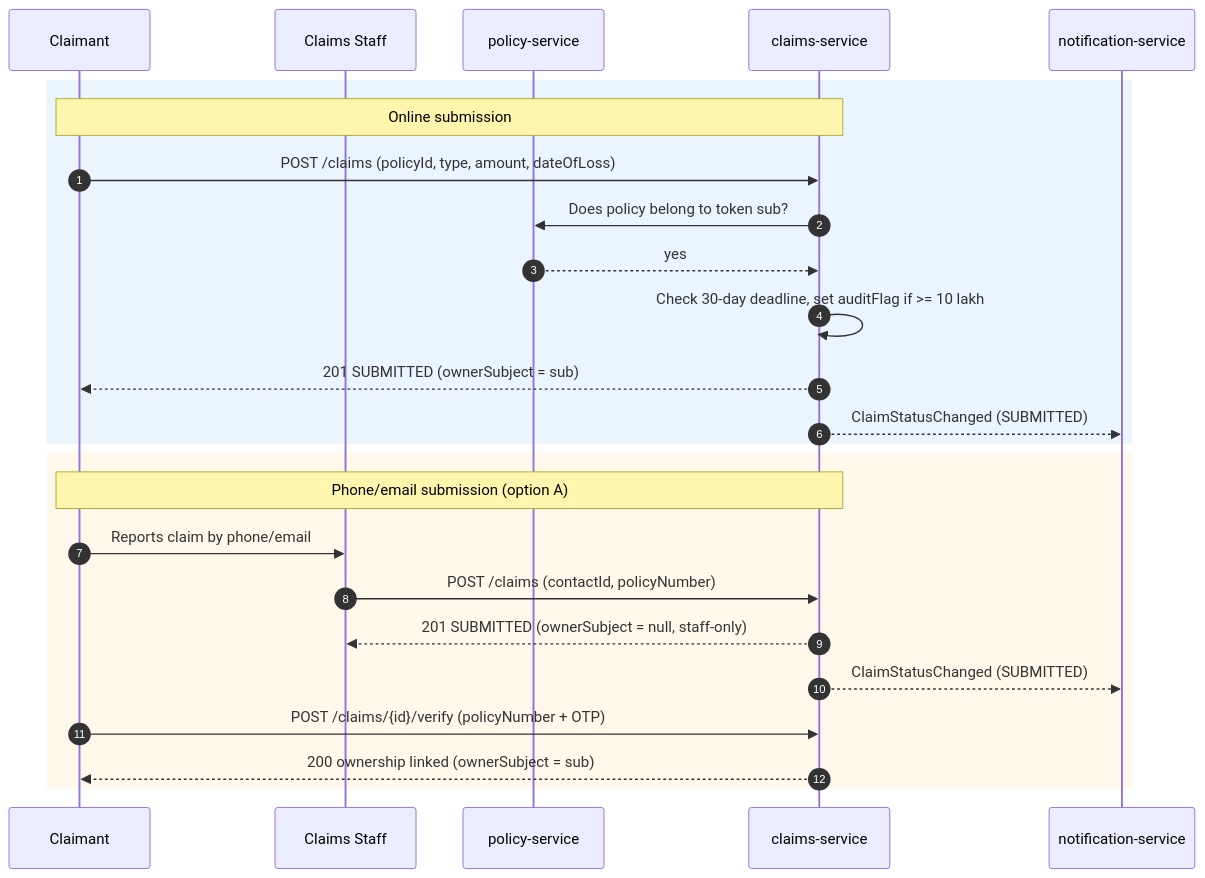
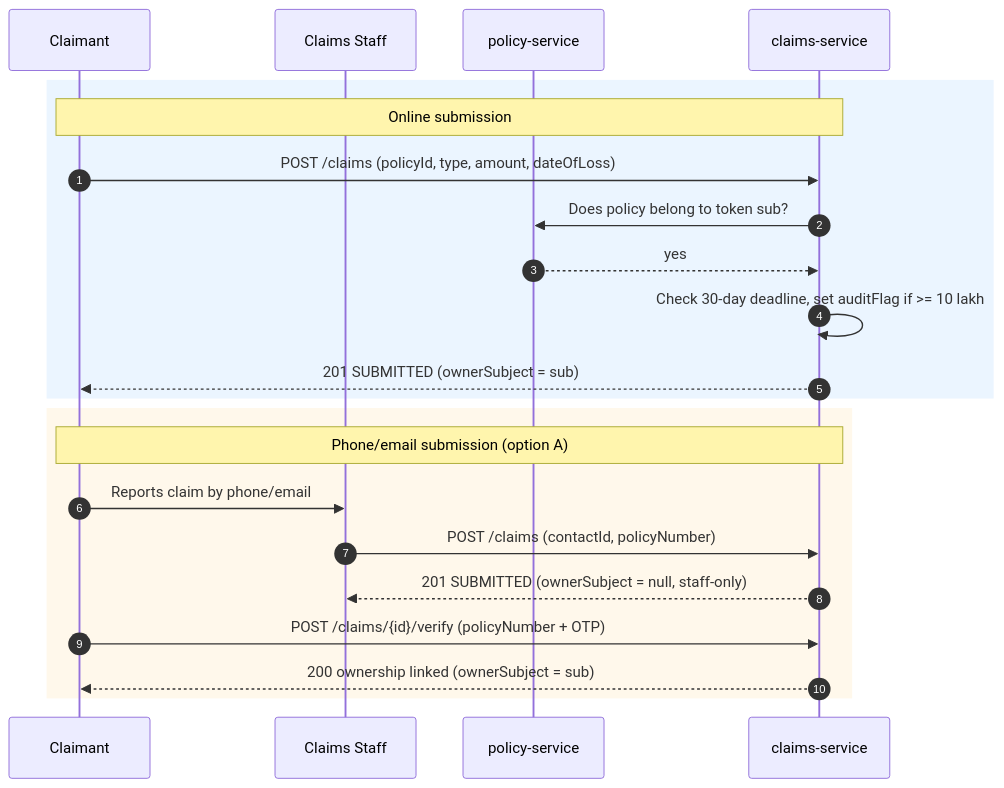
Before and after one commit to shruthi-va/backend-shruthi: the diagram in docs/submission-flows.md, drawn with Mermaid. The commit also changed 46 other files, not shown here.

````diff
--- a/docs/submission-flows.md
+++ b/docs/submission-flows.md
@@ -5,29 +5,26 @@
 ```mermaid
 sequenceDiagram
     autonumber
     participant C as Claimant
     participant S as Claims Staff
     participant P as policy-service
     participant CL as claims-service
-    participant N as notification-service
 
     rect rgb(235,245,255)
     Note over C,CL: Online submission
     C->>CL: POST /claims (policyId, type, amount, dateOfLoss)
     CL->>P: Does policy belong to token sub?
     P-->>CL: yes
     CL->>CL: Check 30-day deadline, set auditFlag if >= 10 lakh
     CL-->>C: 201 SUBMITTED (ownerSubject = sub)
-    CL-->>N: ClaimStatusChanged (SUBMITTED)
     end
 
     rect rgb(255,248,235)
     Note over C,CL: Phone/email submission (option A)
     C->>S: Reports claim by phone/email
     S->>CL: POST /claims (contactId, policyNumber)
     CL-->>S: 201 SUBMITTED (ownerSubject = null, staff-only)
-    CL-->>N: ClaimStatusChanged (SUBMITTED)
     C->>CL: POST /claims/{id}/verify (policyNumber + OTP)
     CL-->>C: 200 ownership linked (ownerSubject = sub)
     end
 ```
````
